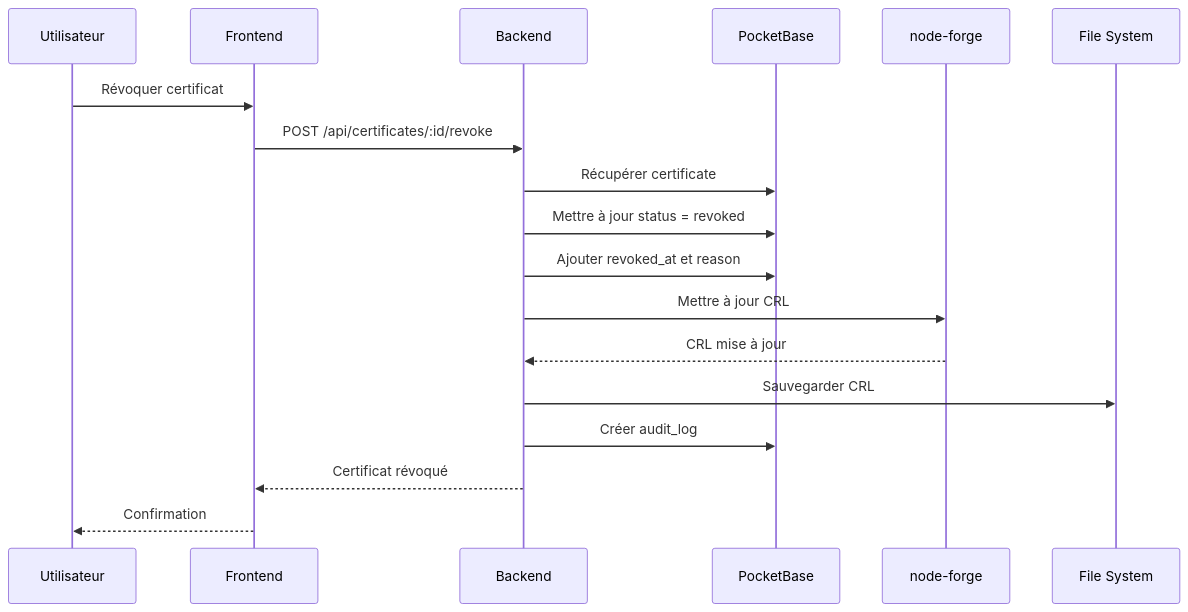
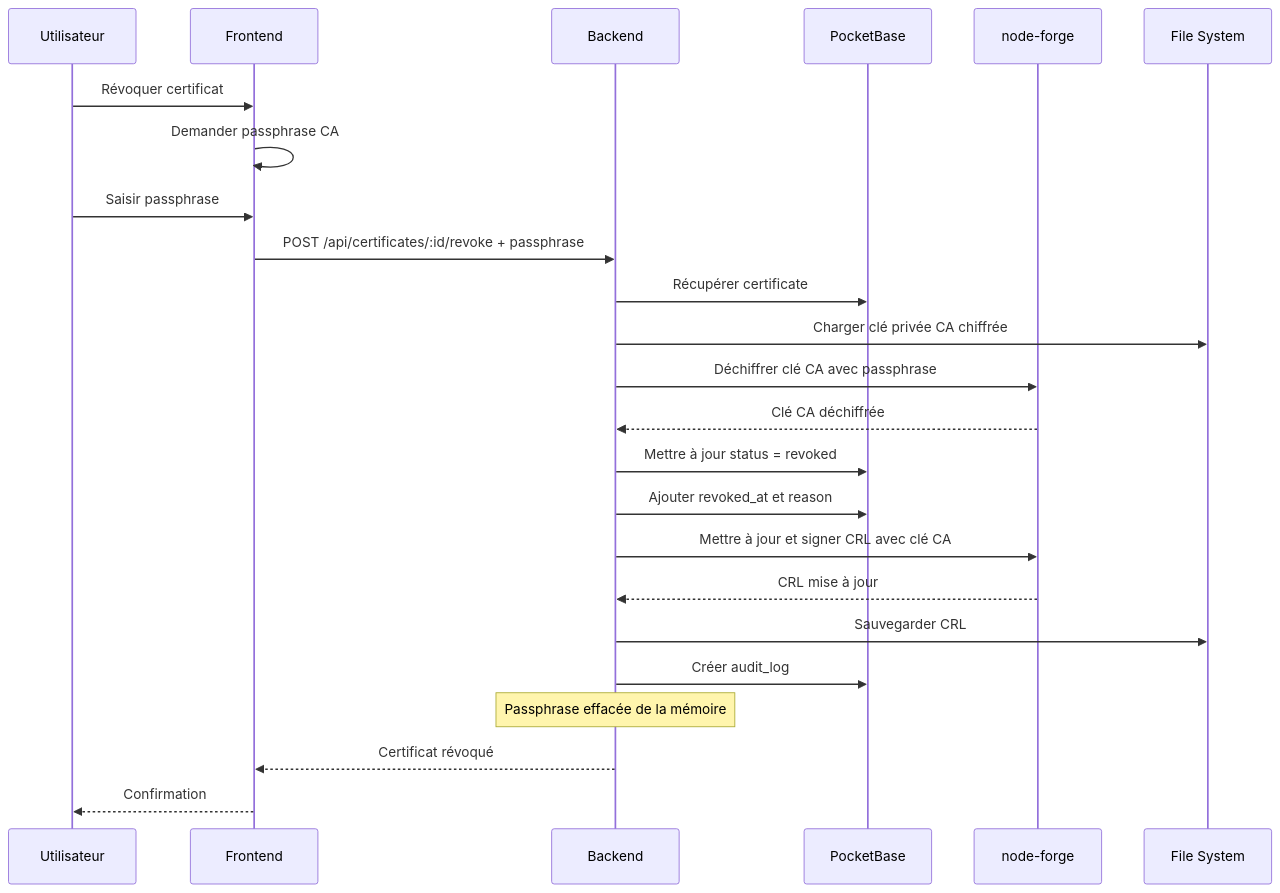
One commit to RGiacometti/SimpleCertManager changed the third of 4 diagrams in plans/ca-management-app-plan.md. Above: the diagram before and after it, drawn with Mermaid. The commit also changed other lines of this file and 2 other files, not shown here.

First line of the commit message:
docs(security): add CA passphrase security model and Docker deployment

````diff
--- a/plans/ca-management-app-plan.md
+++ b/plans/ca-management-app-plan.md
@@ -486,21 +517,27 @@
 ```mermaid
 sequenceDiagram
     participant U as Utilisateur
     participant F as Frontend
     participant B as Backend
     participant DB as PocketBase
     participant NF as node-forge
     participant FS as File System
 
     U->>F: Révoquer certificat
-    F->>B: POST /api/certificates/:id/revoke
+    F->>F: Demander passphrase CA
+    U->>F: Saisir passphrase
+    F->>B: POST /api/certificates/:id/revoke + passphrase
     B->>DB: Récupérer certificate
+    B->>FS: Charger clé privée CA chiffrée
+    B->>NF: Déchiffrer clé CA avec passphrase
+    NF-->>B: Clé CA déchiffrée
     B->>DB: Mettre à jour status = revoked
     B->>DB: Ajouter revoked_at et reason
-    B->>NF: Mettre à jour CRL
+    B->>NF: Mettre à jour et signer CRL avec clé CA
     NF-->>B: CRL mise à jour
     B->>FS: Sauvegarder CRL
     B->>DB: Créer audit_log
+    Note over B: Passphrase effacée de la mémoire
     B-->>F: Certificat révoqué
     F-->>U: Confirmation
 ```
````
